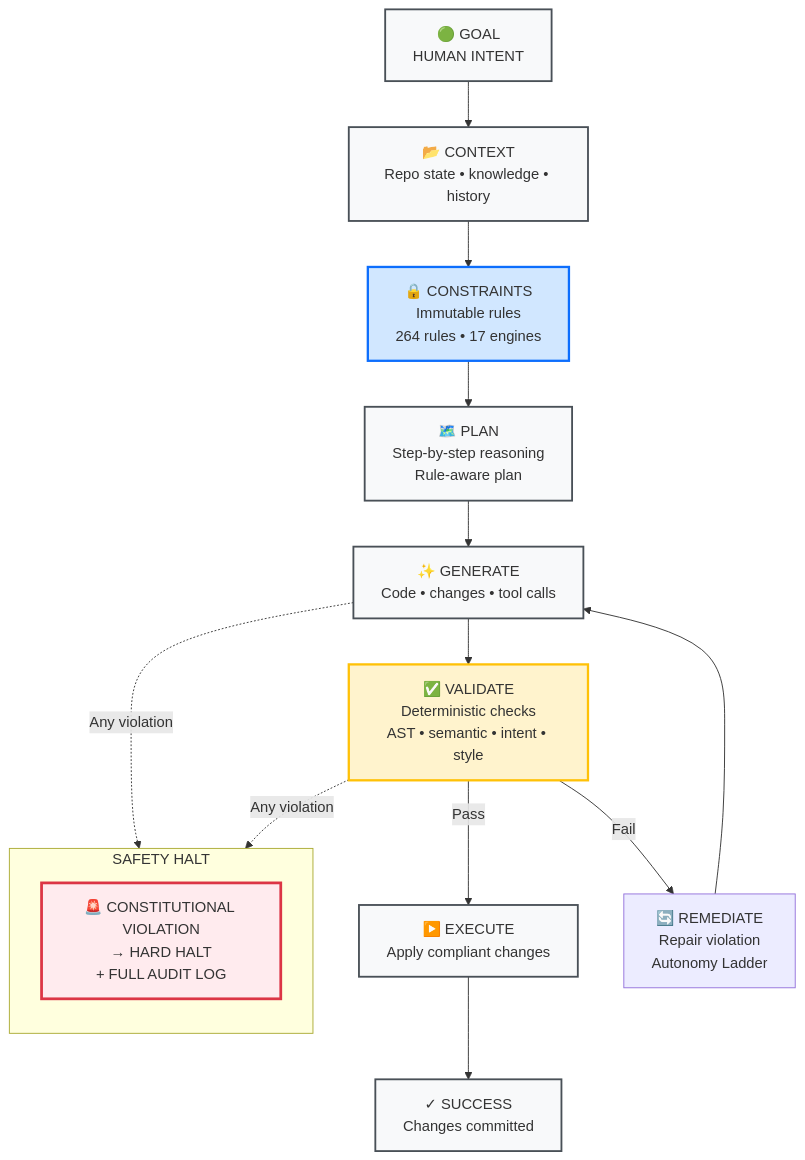
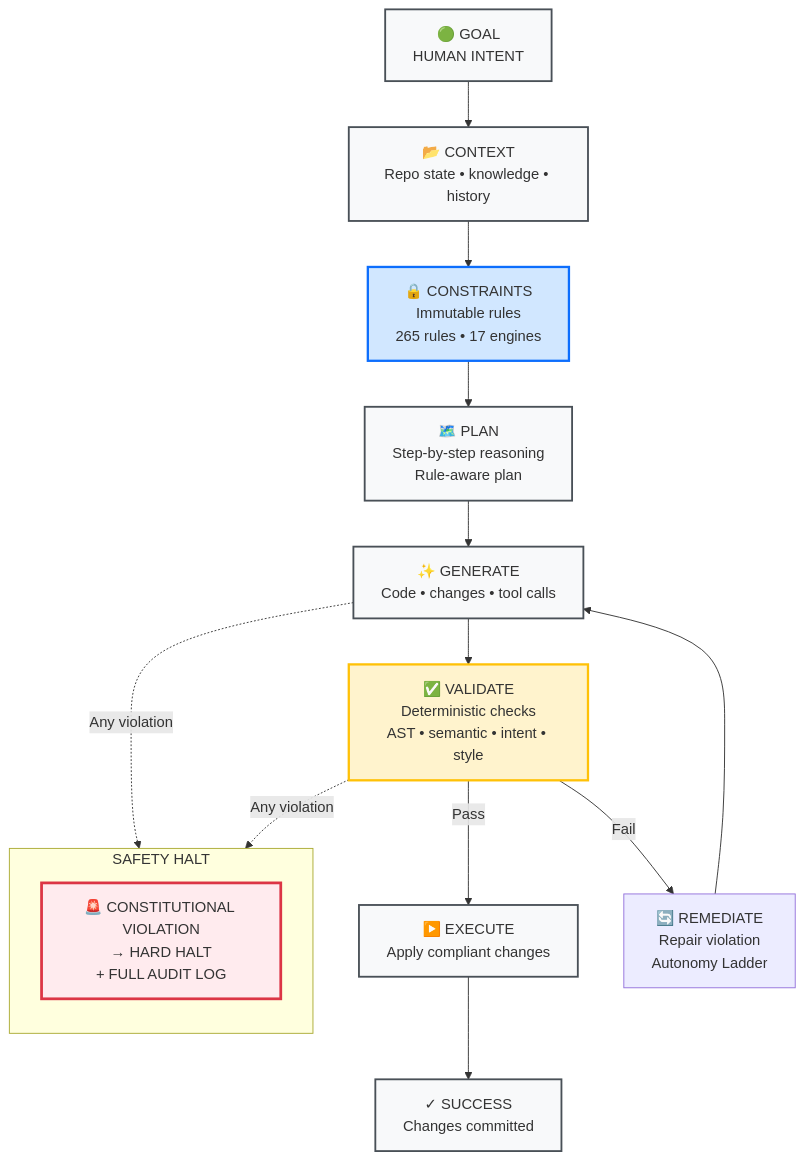
One commit to DariuszNewecki/CORE changed the diagram in README.md. Above: the diagram before and after it, drawn with Mermaid. The commit also changed other lines of this file, not shown here.

Commit message:
docs(readme): rule counts after law 0032 (265 rules, 62 documents, 255 mapped)

````diff
--- a/README.md
+++ b/README.md
@@ -178,30 +178,30 @@
 ```mermaid
 flowchart TD
     A["🟢 GOAL\nHUMAN INTENT"] --> B["📂 CONTEXT\nRepo state • knowledge • history"]
-    B --> C["🔒 CONSTRAINTS\nImmutable rules\n264 rules • 17 engines"]
+    B --> C["🔒 CONSTRAINTS\nImmutable rules\n265 rules • 17 engines"]
     C --> D["🗺️ PLAN\nStep-by-step reasoning\nRule-aware plan"]
     D --> E["✨ GENERATE\nCode • changes • tool calls"]
     E --> F["✅ VALIDATE\nDeterministic checks\nAST • semantic • intent • style"]
     F -->|Pass| G["▶️ EXECUTE\nApply compliant changes"]
     F -->|Fail| H["🔄 REMEDIATE\nRepair violation\nAutonomy Ladder"]
     H --> E
     G --> I["✓ SUCCESS\nChanges committed"]
 
     subgraph "SAFETY HALT"
         direction TB
         J["🚨 CONSTITUTIONAL VIOLATION\n→ HARD HALT\n+ FULL AUDIT LOG"]
     end
 
     E -.->|Any violation| J
     F -.->|Any violation| J
 
     classDef phase      fill:#f8f9fa,stroke:#495057,stroke-width:2px
     classDef constraint fill:#d1e7ff,stroke:#0d6efd,stroke-width:2.5px
     classDef validate   fill:#fff3cd,stroke:#ffc107,stroke-width:2.5px
     classDef halt       fill:#ffebee,stroke:#dc3545,stroke-width:3px
 
     class A,B,D,E,G,I phase
     class C constraint
     class F validate
     class J halt
 ```
````
